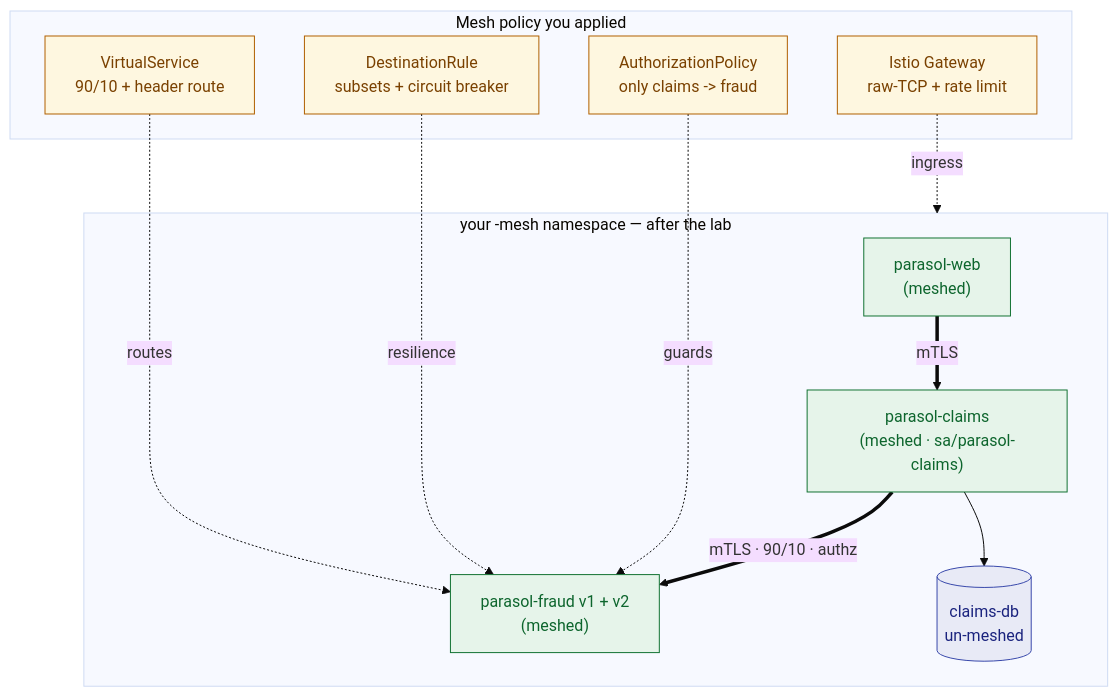
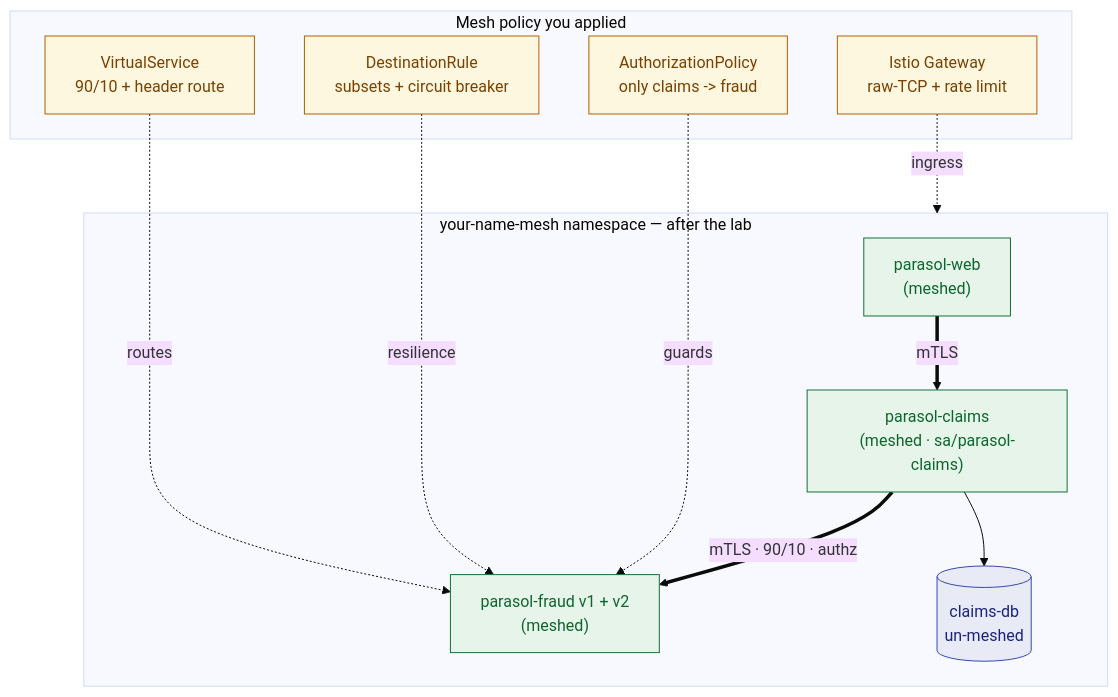
The diagram in content/modules/ROOT/examples/diagrams/service-mesh-advanced-gateways/03-what-you-built.mmd (serhat-dirik/OCP-Getting-Started-Revamped), drawn with Mermaid (base theme) before and after one commit. The commit also changed 11 other files, not shown here.

First line of the commit message:
fix(content): convert the last diagrams to the house line-break and placeholder style

```diff
--- a/content/modules/ROOT/examples/diagrams/service-mesh-advanced-gateways/03-what-you-built.mmd
+++ b/content/modules/ROOT/examples/diagrams/service-mesh-advanced-gateways/03-what-you-built.mmd
@@ -1,24 +1,24 @@
 graph TB
-  subgraph ns["your -mesh namespace — after the lab"]
+  subgraph ns["your-name-mesh namespace — after the lab"]
     web["parasol-web<br/>(meshed)"]
     claims["parasol-claims<br/>(meshed · sa/parasol-claims)"]
     fraud["parasol-fraud v1 + v2<br/>(meshed)"]
     db[("claims-db<br/>un-meshed")]
   end
   subgraph policy["Mesh policy you applied"]
     vs["VirtualService<br/>90/10 + header route"]
     dr["DestinationRule<br/>subsets + circuit breaker"]
     ap["AuthorizationPolicy<br/>only claims -> fraud"]
     gw["Istio Gateway<br/>raw-TCP + rate limit"]
   end
   web ==>|"mTLS"| claims
   claims ==>|"mTLS · 90/10 · authz"| fraud
   claims --> db
   vs -.->|"routes"| fraud
   dr -.->|"resilience"| fraud
   ap -.->|"guards"| fraud
   gw -.->|"ingress"| ns
   classDef app fill:#e6f4ea,stroke:#137333,color:#0d652d;
   classDef pol fill:#fef7e0,stroke:#b06000,color:#7a4100;
   classDef db fill:#e8eaf6,stroke:#3949ab,color:#1a237e;
   class web,claims,fraud app; class vs,dr,ap,gw pol; class db db;
```
